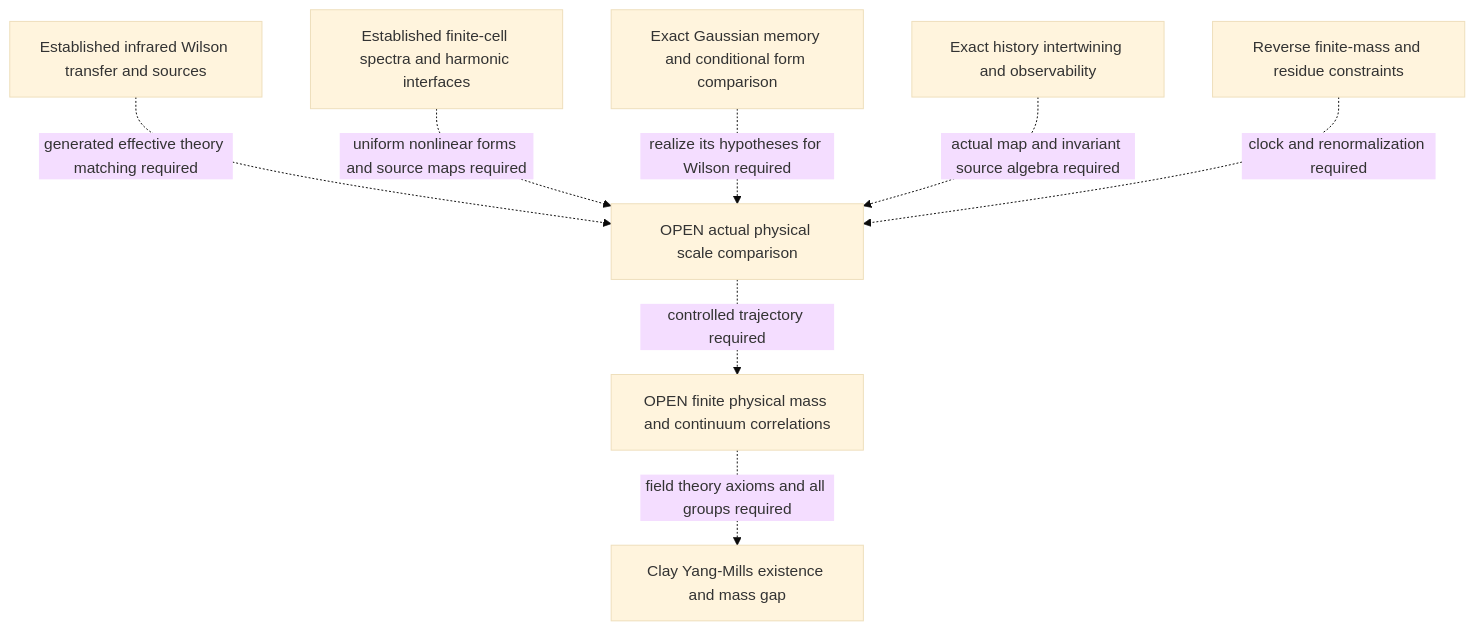
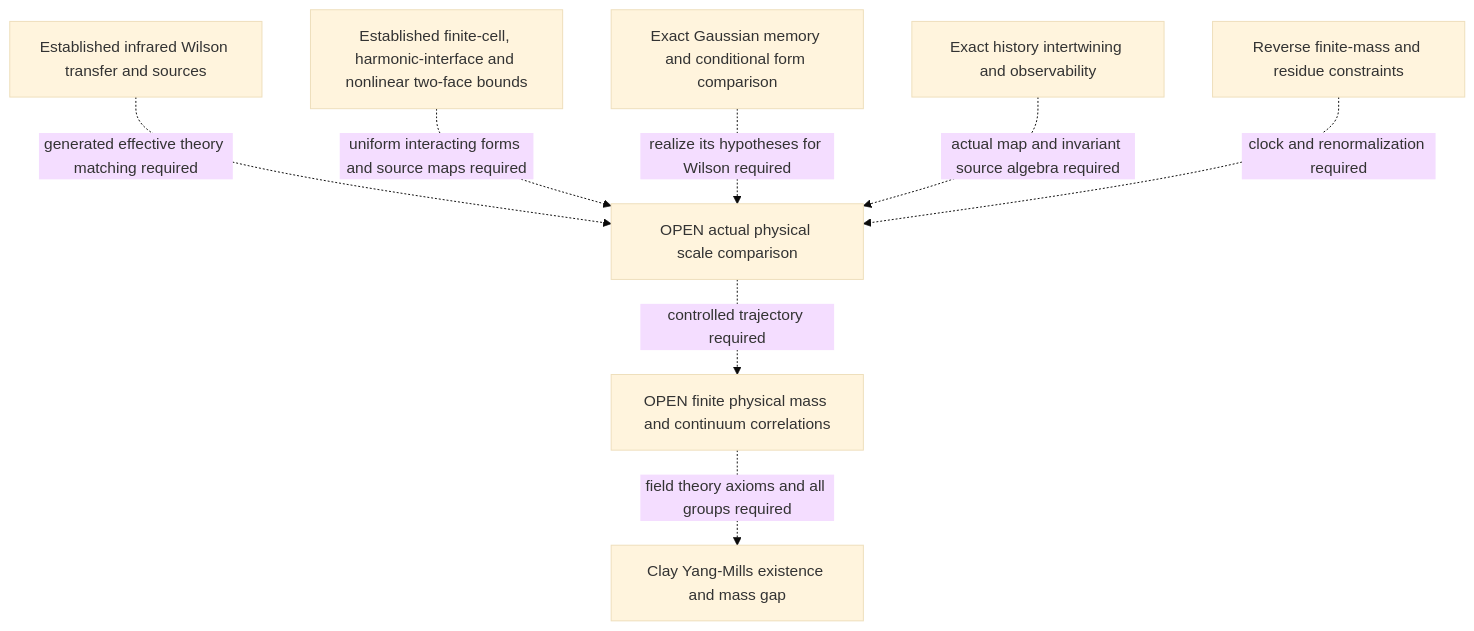
Before and after one commit to ats314/WORKHOUSE: the diagram in docs/research_goal.md, drawn with Mermaid (base theme). The commit also changed other lines of this file and 91 other files, not shown here.

````diff
--- a/docs/research_goal.md
+++ b/docs/research_goal.md
@@ -69,10 +81,10 @@
 ```mermaid
 flowchart TD
   IR[Established infrared Wilson transfer and sources] -. generated effective theory matching required .-> RG[OPEN actual physical scale comparison]
-  UV[Established finite-cell spectra and harmonic interfaces] -. uniform nonlinear forms and source maps required .-> RG
+  UV[Established finite-cell, harmonic-interface and nonlinear two-face bounds] -. uniform interacting forms and source maps required .-> RG
   FM[Exact Gaussian memory and conditional form comparison] -. realize its hypotheses for Wilson required .-> RG
   OS[Exact history intertwining and observability] -. actual map and invariant source algebra required .-> RG
   R[Reverse finite-mass and residue constraints] -. clock and renormalization required .-> RG
   RG -. controlled trajectory required .-> C[OPEN finite physical mass and continuum correlations]
   C -. field theory axioms and all groups required .-> YM[Clay Yang-Mills existence and mass gap]
 ```
````
